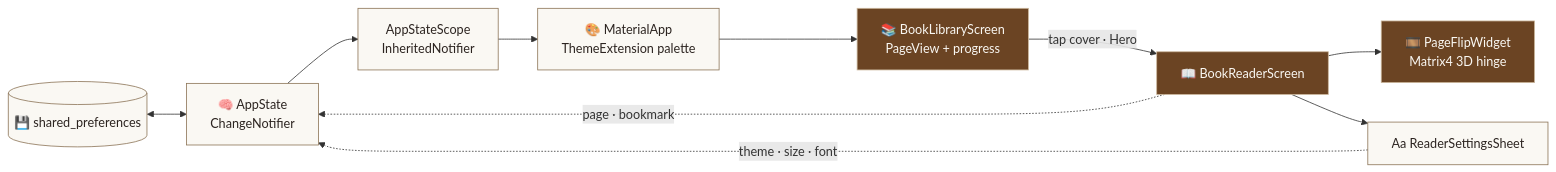
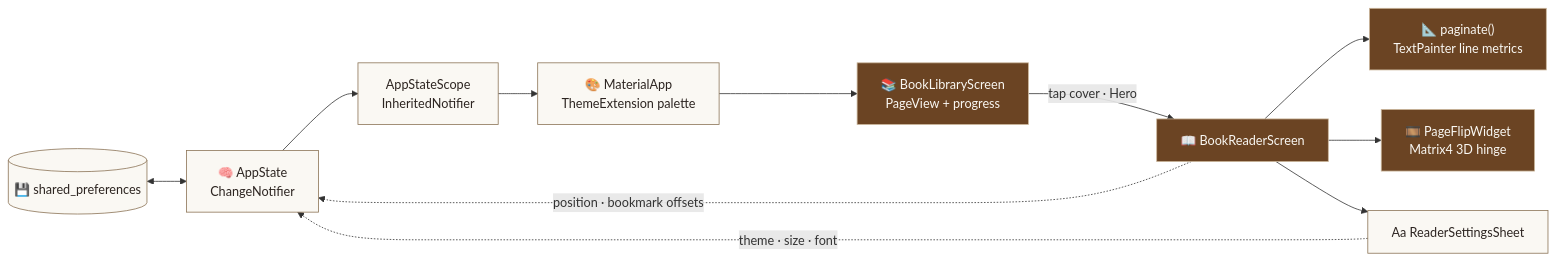
The diagram in README.md (HammasT1/Animated_Book), drawn with Mermaid before and after one commit. The commit also changed other lines of this file and 11 other files, not shown here.

Commit message:
Re-paginate text to fit the screen and typography

````diff
--- a/README.md
+++ b/README.md
@@ -210,17 +211,18 @@
 ```mermaid
 flowchart LR
     P[("💾 shared_preferences")] <--> S["🧠 AppState<br/>ChangeNotifier"]
     S --> Q["AppStateScope<br/>InheritedNotifier"]
     Q --> M["🎨 MaterialApp<br/>ThemeExtension palette"]
     M --> L["📚 BookLibraryScreen<br/>PageView + progress"]
     L -- "tap cover · Hero" --> R["📖 BookReaderScreen"]
+    R --> G["📐 paginate()<br/>TextPainter line metrics"]
     R --> F["🎞️ PageFlipWidget<br/>Matrix4 3D hinge"]
     R --> T["Aa ReaderSettingsSheet"]
-    R -. "page · bookmark" .-> S
+    R -. "position · bookmark offsets" .-> S
     T -. "theme · size · font" .-> S
 
     classDef leather fill:#6B4423,stroke:#CBB69B,color:#FAF8F3
     classDef paper fill:#FAF8F3,stroke:#8B7355,color:#2C2420
-    class L,R,F leather
+    class L,R,F,G leather
     class P,S,Q,M,T paper
 ```
````
